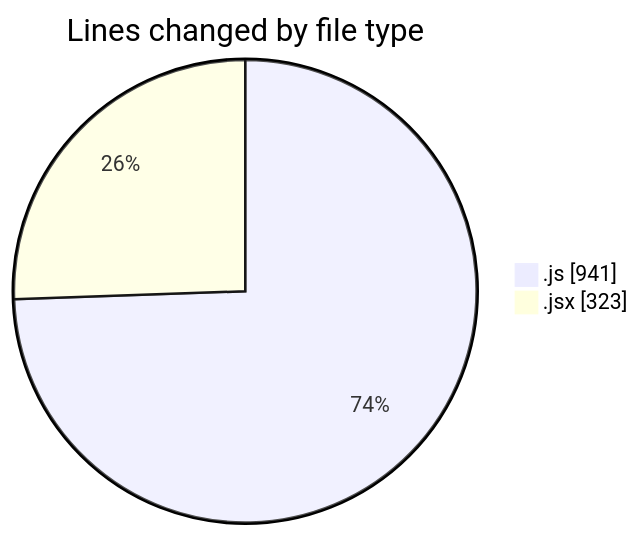
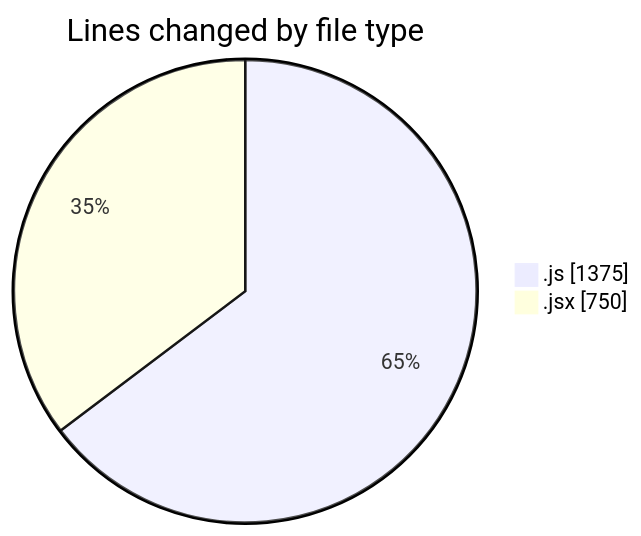
The first of 2 diagrams in 2025-07-29/nxtqube_webapp/README.md (nxtqubesakshisongat/code-tracking), drawn with Mermaid before and after one commit. The commit also changed other lines of this file and 1 other file, not shown here.

````diff
--- a/2025-07-29/nxtqube_webapp/README.md
+++ b/2025-07-29/nxtqube_webapp/README.md
@@ -23,6 +25,6 @@
 ```mermaid
 pie showData
 title Lines changed by file type
-".js" : 941
-".jsx" : 323
+".js" : 1375
+".jsx" : 750
 ```
````
